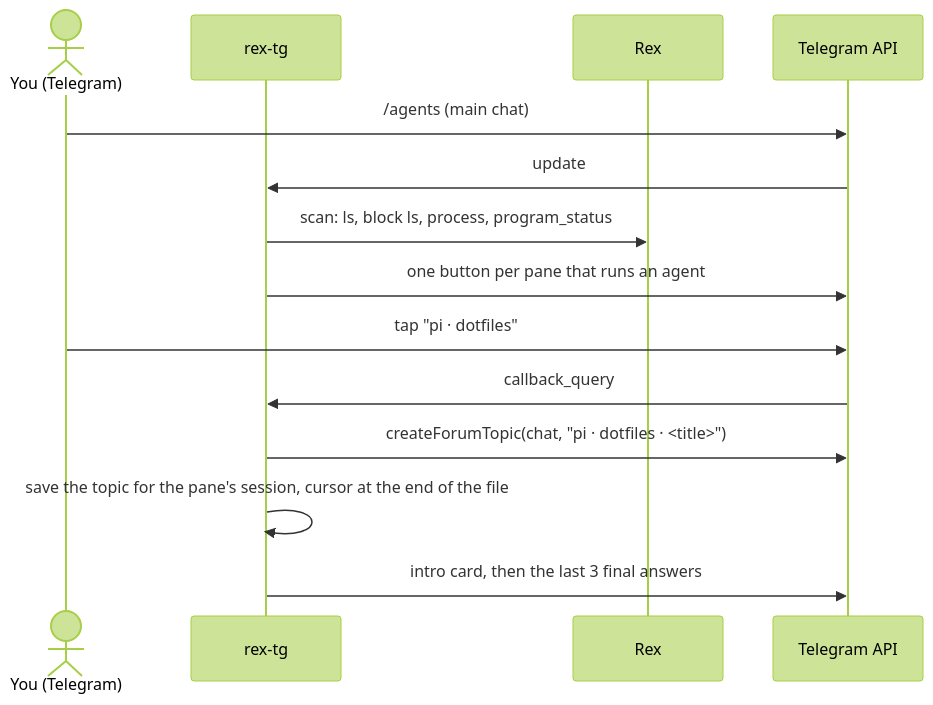
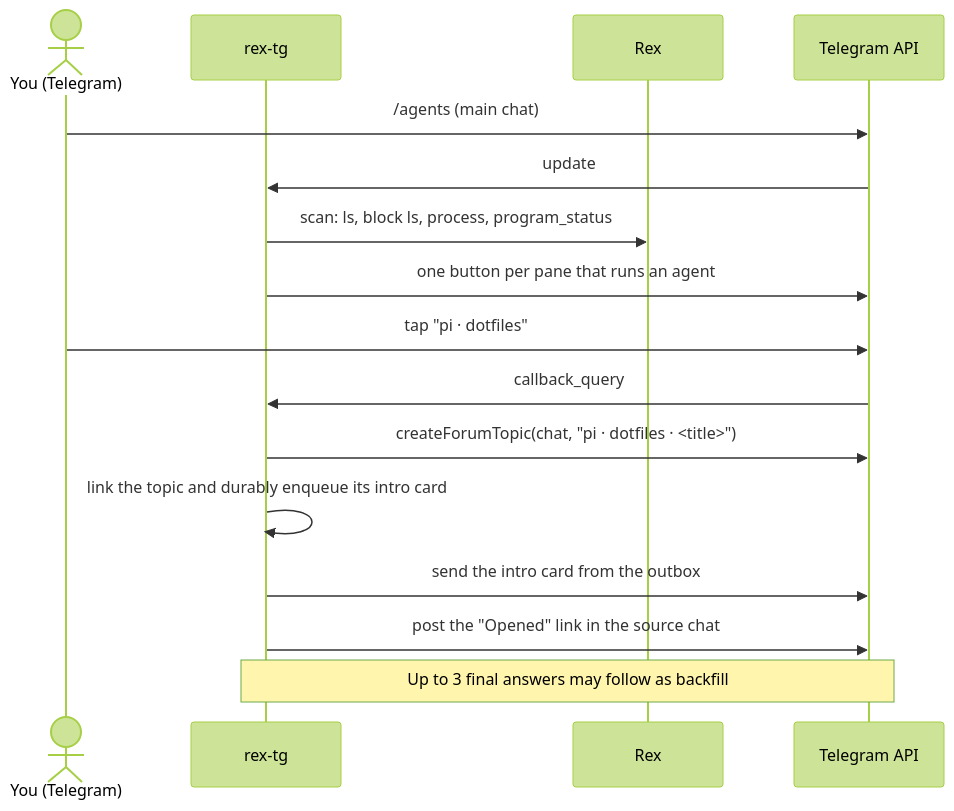
The first of 5 diagrams in docs/design.md (arrokh/rex-tg), drawn with Mermaid (forest theme) before and after one commit. The commit also changed other lines of this file and 29 other files, not shown here.

````diff
--- a/docs/design.md
+++ b/docs/design.md
@@ -97,16 +97,18 @@
 ```mermaid
 sequenceDiagram
   actor U as You (Telegram)
   participant B as rex-tg
   participant R as Rex
   participant T as Telegram API
   U->>T: /agents (main chat)
   T->>B: update
   B->>R: scan: ls, block ls, process, program_status
   B->>T: one button per pane that runs an agent
   U->>T: tap "pi · dotfiles"
   T->>B: callback_query
   B->>T: createForumTopic(chat, "pi · dotfiles · <title>")
-  B->>B: save the topic for the pane's session, cursor at the end of the file
-  B->>T: intro card, then the last 3 final answers
+  B->>B: link the topic and durably enqueue its intro card
+  B->>T: send the intro card from the outbox
+  B->>T: post the "Opened" link in the source chat
+  Note over B,T: Up to 3 final answers may follow as backfill
 ```
````
